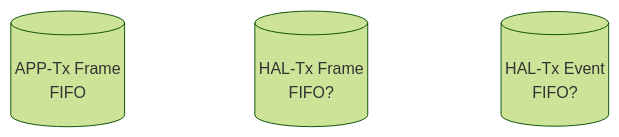
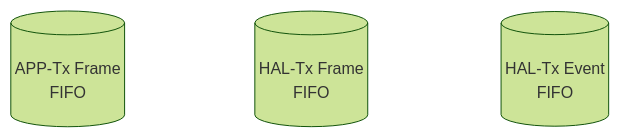
One commit to Nakakiyo092/usb2canfdv1 changed the third of 4 diagrams in doc/7.-Buffer-Strategy.md. Above: the diagram before and after it, drawn with Mermaid (forest theme). The commit also changed other lines of this file, not shown here.

````diff
--- a/doc/7.-Buffer-Strategy.md
+++ b/doc/7.-Buffer-Strategy.md
@@ -29,5 +29,5 @@
 ```mermaid
 block
   columns 6
-  space  FR[("<br>APP-Tx Frame<br>FIFO")]  space  TX[("<br>HAL-Tx Frame<br>FIFO?")]  space  EV[("<br>HAL-Tx Event<br>FIFO?")]
+  space  FR[("<br>APP-Tx Frame<br>FIFO")]  space  TX[("<br>HAL-Tx Frame<br>FIFO")]  space  EV[("<br>HAL-Tx Event<br>FIFO")]
 ```
````
